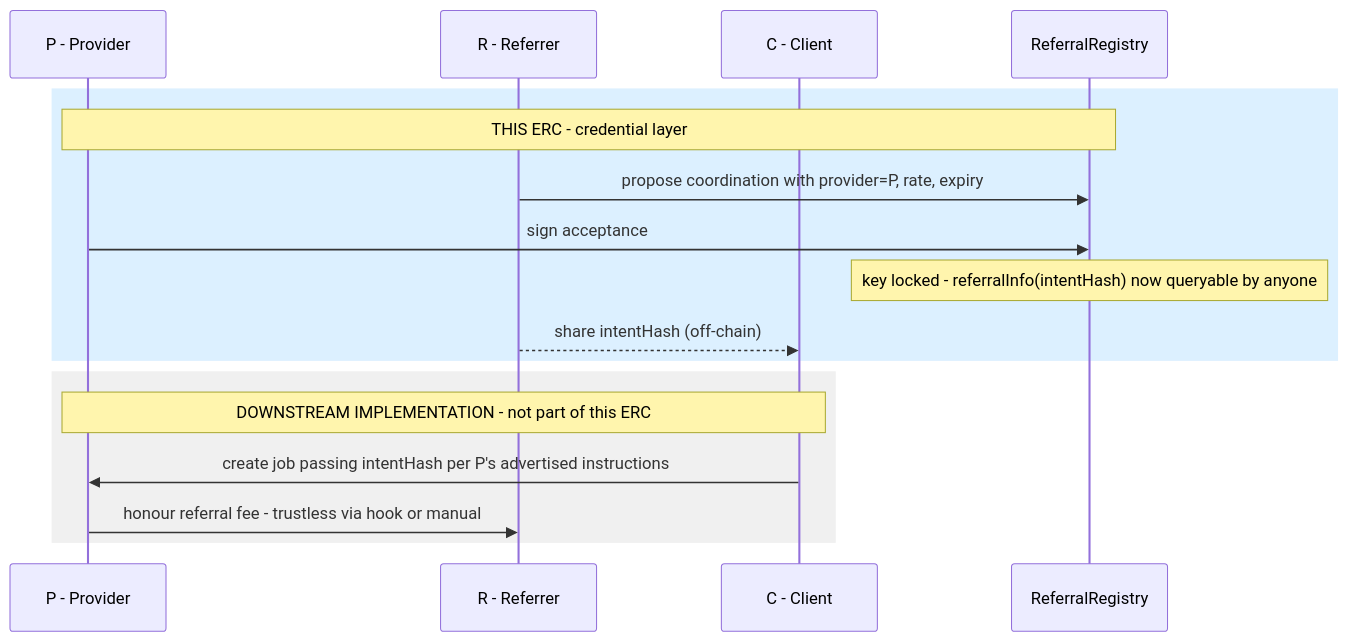
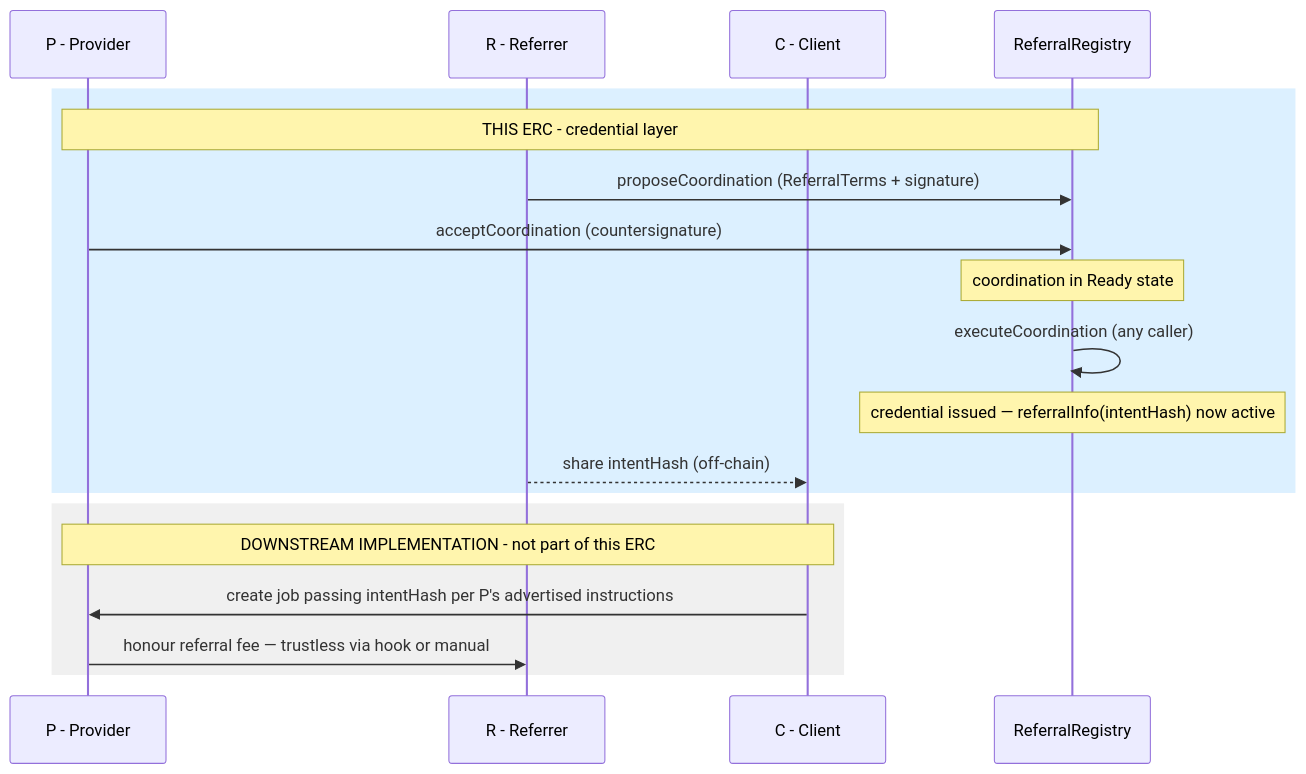
One commit to luca-nik/a2a-referral-erc changed the diagram in README.md. Above: the diagram before and after it, drawn with Mermaid. The commit also changed other lines of this file and 4 other files, not shown here.

First line of the commit message:
Revise ERC model: execution-based issuance, separate credential expiry

````diff
--- a/README.md
+++ b/README.md
@@ -40,24 +41,27 @@
 ```mermaid
 sequenceDiagram
     participant P as P - Provider
     participant R as R - Referrer
     participant C as C - Client
     participant RC as ReferralRegistry
 
     rect rgb(220, 240, 255)
         note over P,RC: THIS ERC - credential layer
 
-        R->>RC: propose coordination with provider=P, rate, expiry
-        P->>RC: sign acceptance
-        note over RC: key locked - referralInfo(intentHash) now queryable by anyone
+        R->>RC: proposeCoordination (ReferralTerms + signature)
+        P->>RC: acceptCoordination (countersignature)
+        note over RC: coordination in Ready state
+
+        RC->>RC: executeCoordination (any caller)
+        note over RC: credential issued — referralInfo(intentHash) now active
 
         R-->>C: share intentHash (off-chain)
     end
 
     rect rgb(240, 240, 240)
         note over P,C: DOWNSTREAM IMPLEMENTATION - not part of this ERC
 
         C->>P: create job passing intentHash per P's advertised instructions
-        P->>R: honour referral fee - trustless via hook or manual
+        P->>R: honour referral fee — trustless via hook or manual
     end
 ```
````
